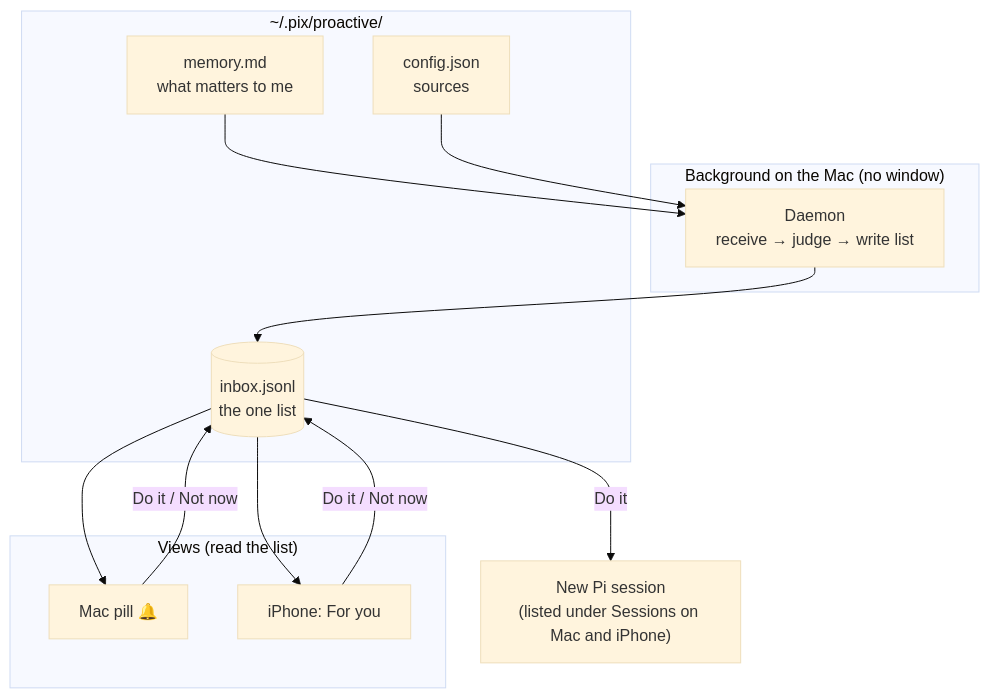
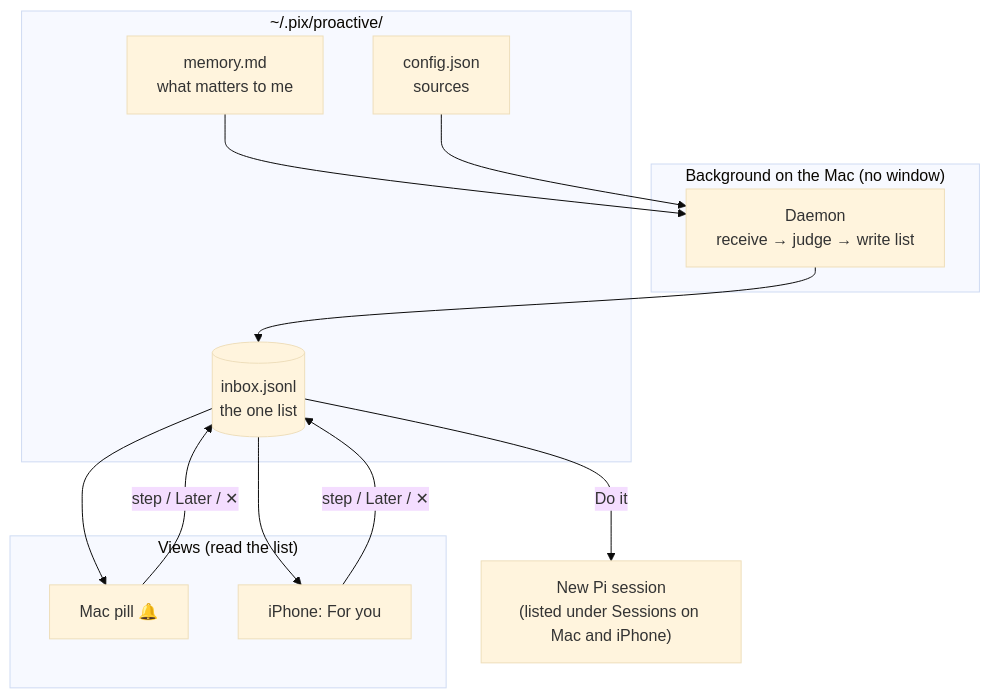
One commit to MisterBrookT/pi-x changed the second of 6 diagrams in docs/proactive.md. Above: the diagram before and after it, drawn with Mermaid (base theme). The commit also changed other lines of this file and 12 other files, not shown here.

````diff
--- a/docs/proactive.md
+++ b/docs/proactive.md
@@ -28,23 +28,23 @@
 ```mermaid
 flowchart TB
   subgraph BG["Background on the Mac (no window)"]
     D["Daemon<br/>receive → judge → write list"]
   end
   subgraph DATA["~/.pix/proactive/"]
     I[(inbox.jsonl<br/>the one list)]
     MEM[memory.md<br/>what matters to me]
     C[config.json<br/>sources]
   end
   subgraph VIEW["Views (read the list)"]
     PILL[Mac pill 🔔]
     PHONE["iPhone: For you"]
   end
   D --> I
   MEM --> D
   C --> D
   I --> PILL
   I --> PHONE
-  PILL -- Do it / Not now --> I
-  PHONE -- Do it / Not now --> I
+  PILL -- step / Later / ✕ --> I
+  PHONE -- step / Later / ✕ --> I
   I -- Do it --> SES["New Pi session<br/>(listed under Sessions on Mac and iPhone)"]
 ```
````
